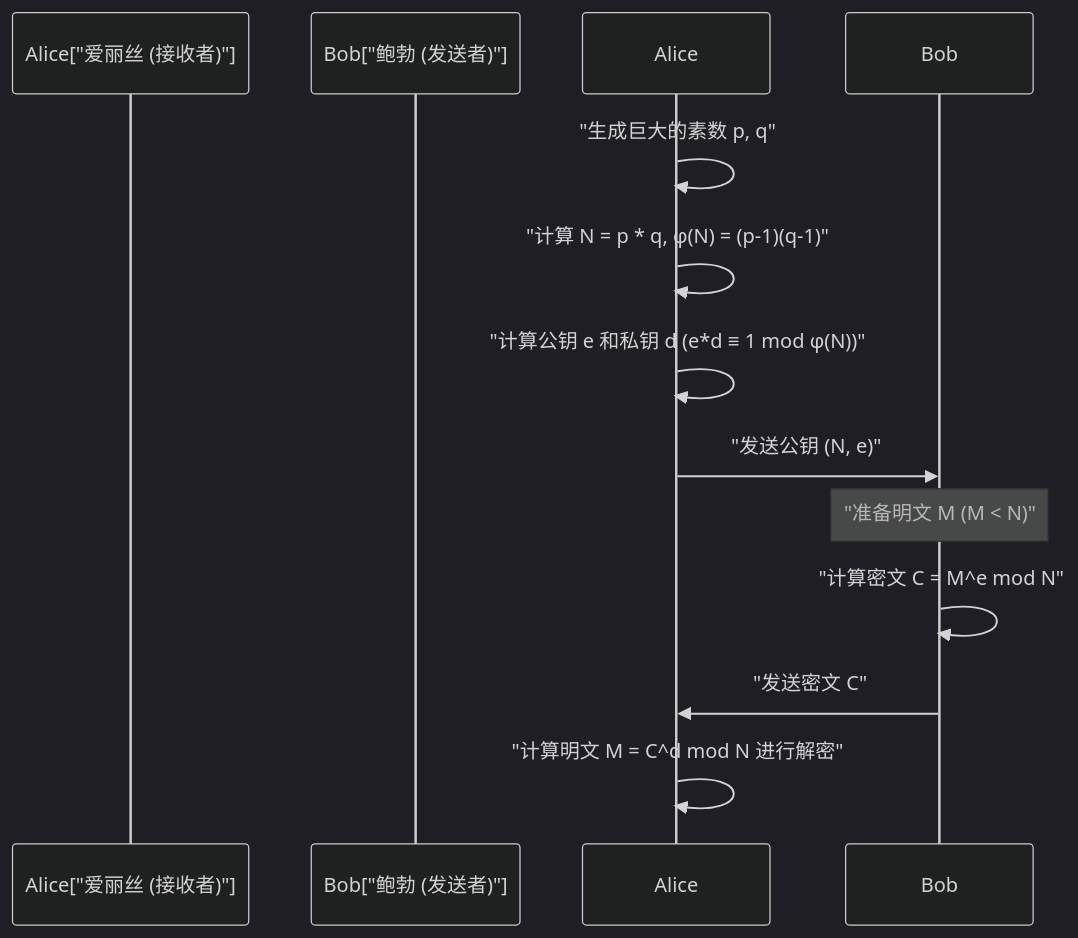
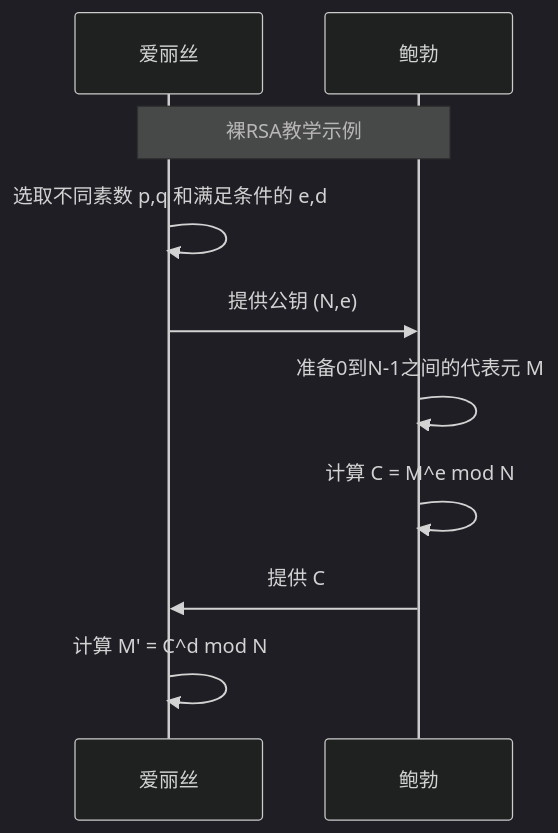
Before and after one commit to kenjinote/blog: the second of 2 diagrams in content/post/フェルマーの小定理と暗号化/index.zh-cn.md, drawn with Mermaid (dark theme). The commit also changed other lines of this file and 5 other files, not shown here.

````diff
--- a/content/post/フェルマーの小定理と暗号化/index.zh-cn.md
+++ b/content/post/フェルマーの小定理と暗号化/index.zh-cn.md
@@ -295,14 +210,12 @@
 ```mermaid
 sequenceDiagram
-    participant Alice["爱丽丝 (接收者)"]
-    participant Bob["鲍勃 (发送者)"]
-    
-    Alice->>Alice: "生成巨大的素数 p, q"
-    Alice->>Alice: "计算 N = p * q, φ(N) = (p-1)(q-1)"
-    Alice->>Alice: "计算公钥 e 和私钥 d (e*d ≡ 1 mod φ(N))"
-    Alice->>Bob: "发送公钥 (N, e)"
-    Note over Bob: "准备明文 M (M < N)"
-    Bob->>Bob: "计算密文 C = M^e mod N"
-    Bob->>Alice: "发送密文 C"
-    Alice->>Alice: "计算明文 M = C^d mod N 进行解密"
+    participant Alice as 爱丽丝
+    participant Bob as 鲍勃
+    Note over Alice,Bob: 裸RSA教学示例
+    Alice->>Alice: 选取不同素数 p,q 和满足条件的 e,d
+    Alice->>Bob: 提供公钥 (N,e)
+    Bob->>Bob: 准备0到N-1之间的代表元 M
+    Bob->>Bob: 计算 C = M^e mod N
+    Bob->>Alice: 提供 C
+    Alice->>Alice: 计算 M' = C^d mod N
 ```
````
